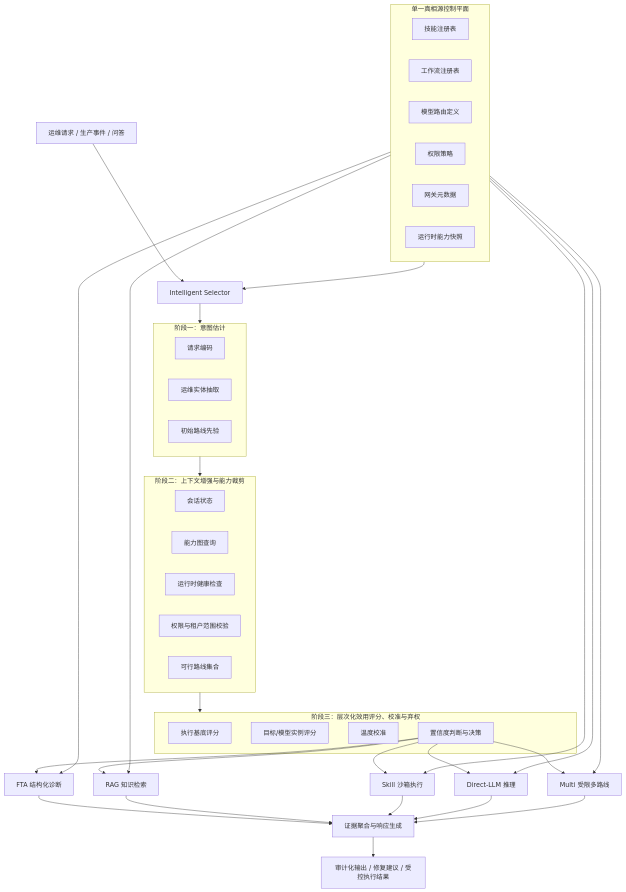
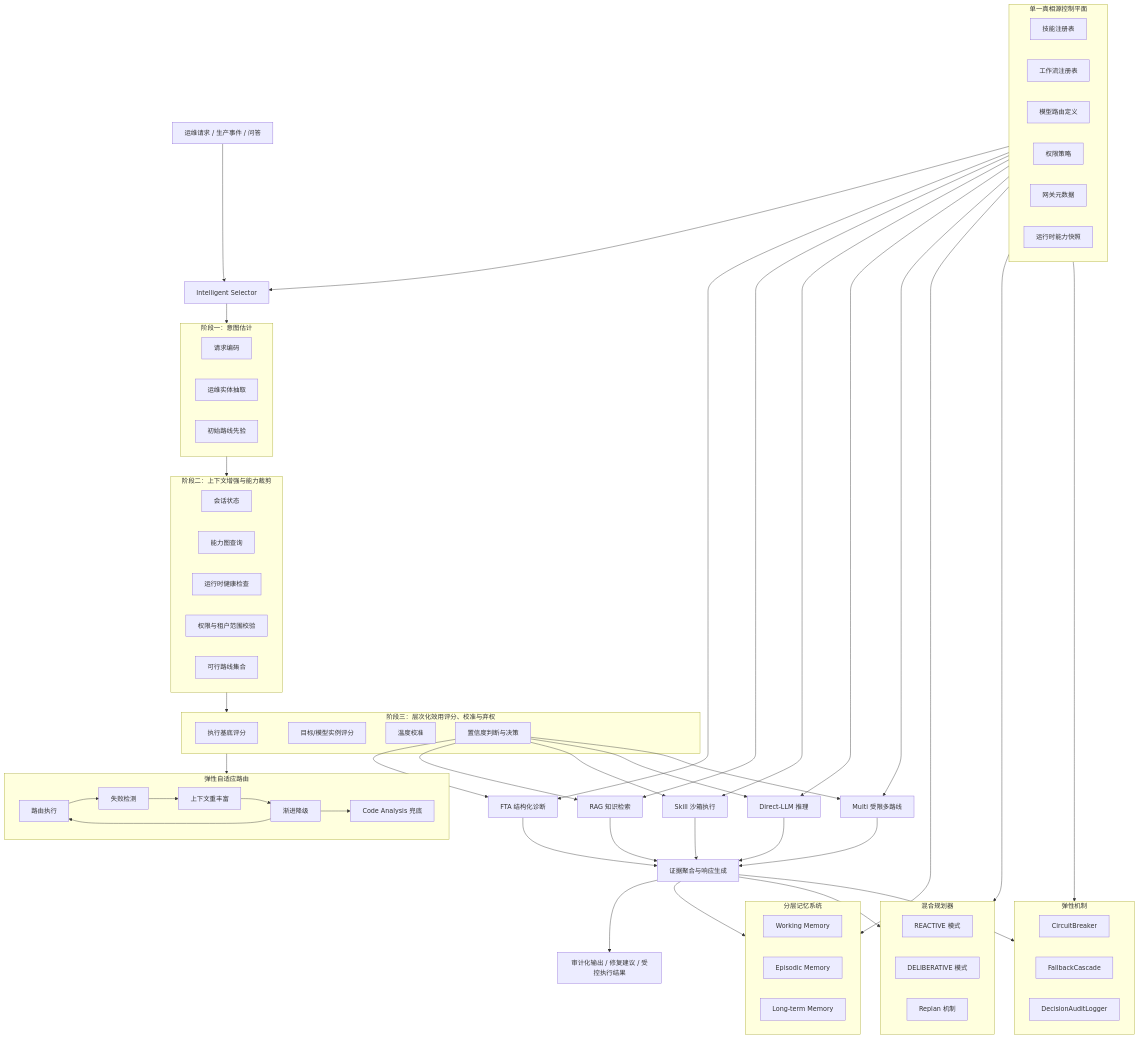
The first of 3 diagrams in docs/papers/resolveagent-unified-aiops-platform-zh.md (ai-guru-global/resolve-agent), drawn with Mermaid before and after one commit. The commit also changed other lines of this file and 39 other files, not shown here.

````diff
--- a/docs/papers/resolveagent-unified-aiops-platform-zh.md
+++ b/docs/papers/resolveagent-unified-aiops-platform-zh.md
@@ -124,12 +125,43 @@
       F6[运行时能力快照]
     end
 
+    subgraph MEM[分层记忆系统]
+      M1[Working Memory]
+      M2[Episodic Memory]
+      M3[Long-term Memory]
+    end
+
+    subgraph PLAN[混合规划器]
+      P1[REACTIVE 模式]
+      P2[DELIBERATIVE 模式]
+      P3[Replan 机制]
+    end
+
+    subgraph RESIL[弹性机制]
+      R1[CircuitBreaker]
+      R2[FallbackCascade]
+      R3[DecisionAuditLogger]
+    end
+
+    subgraph RS[弹性自适应路由]
+      RS1[路由执行]
+      RS2[失败检测]
+      RS3[上下文重丰富]
+      RS4[渐进降级]
+      RS1 --> RS2 --> RS3 --> RS4 --> RS1
+      RS4 --> RS5[Code Analysis 兜底]
+    end
+
     CP --> B
     CP --> E1
     CP --> E2
     CP --> E3
     CP --> E4
     CP --> E5
+    CP --> MEM
+    CP --> PLAN
+    CP --> RESIL
+    S3 --> RS
 
     E1 --> G[证据聚合与响应生成]
     E2 --> G
@@ -138,4 +170,7 @@
     E5 --> G
 
     G --> H[审计化输出 / 修复建议 / 受控执行结果]
+    G --> MEM
+    G --> PLAN
+    G --> RESIL
 ```
````
